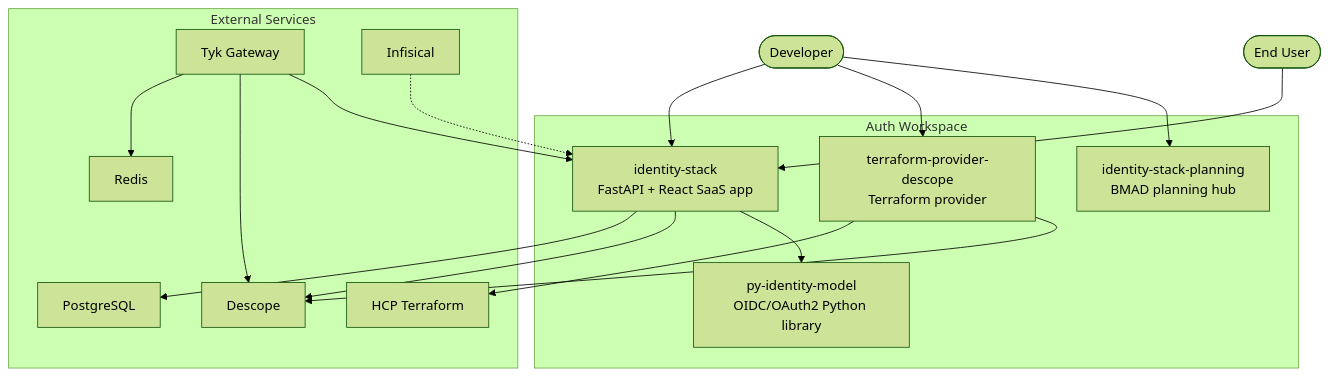
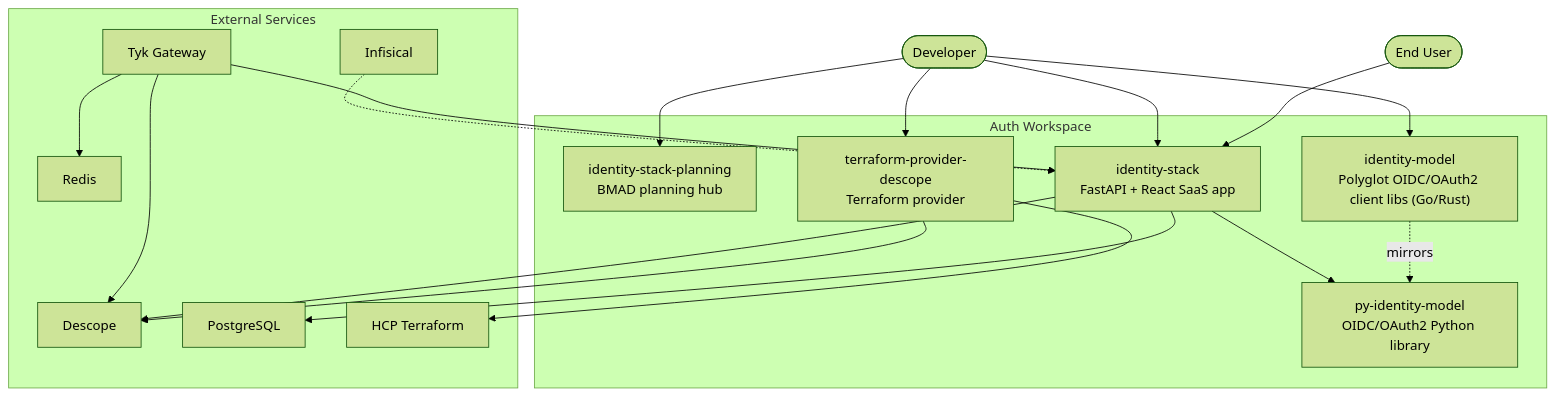
One commit to jamescrowley321/identity-stack-planning changed the first of 5 diagrams in docs/system-architecture.md. Above: the diagram before and after it, drawn with Mermaid (forest theme). The commit also changed other lines of this file and 1 other file, not shown here.

First line of the commit message:
docs: add identity-model to system architecture; de-stale ralph prompt list

````diff
--- a/docs/system-architecture.md
+++ b/docs/system-architecture.md
@@ -7,36 +7,39 @@
 ```mermaid
 graph TB
     dev(["Developer"])
     user(["End User"])
 
     subgraph workspace["Auth Workspace"]
         ap["identity-stack-planning<br/>BMAD planning hub"]
         pim["py-identity-model<br/>OIDC/OAuth2 Python library"]
         tfp["terraform-provider-descope<br/>Terraform provider"]
         is["identity-stack<br/>FastAPI + React SaaS app"]
+        im["identity-model<br/>Polyglot OIDC/OAuth2 client libs (Go/Rust)"]
     end
 
     subgraph external["External Services"]
         descope["Descope"]
         pg["PostgreSQL"]
         redis["Redis"]
         tyk["Tyk Gateway"]
         infisical["Infisical"]
         hcp["HCP Terraform"]
     end
 
     dev --> ap
     dev --> tfp
     dev --> is
+    dev --> im
     user --> is
 
     is --> pim
+    im -.->|mirrors| pim
     is --> descope
     is --> pg
     tfp --> descope
     tfp --> hcp
     infisical -.-> is
     tyk --> is
     tyk --> descope
     tyk --> redis
 ```
````
